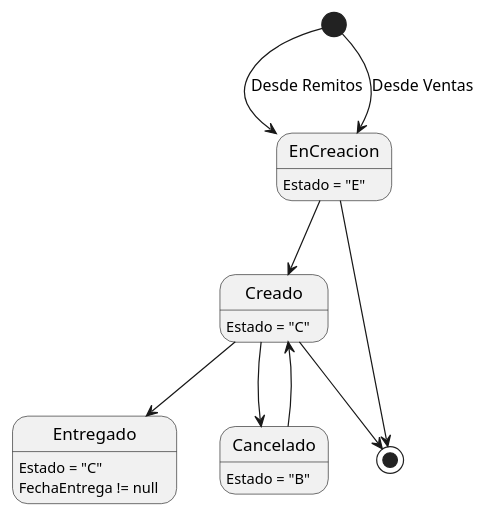
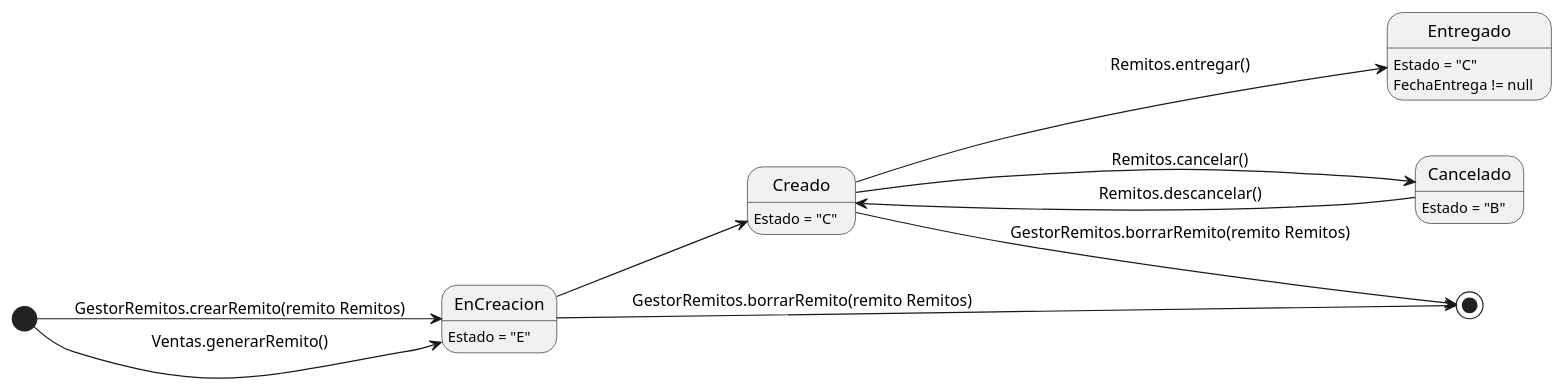
Before and after one commit to ZMGestion/DocumentacionZMGestion: the seventh of 7 diagrams in DiagramasEstado/DiagramaDeEstado.puml, drawn with PlantUML. The commit also changed other lines of this file and 4 other files, not shown here.

Commit message:
Metodos en Diagrama de estados

```diff
--- a/DiagramasEstado/DiagramaDeEstado.puml
+++ b/DiagramasEstado/DiagramaDeEstado.puml
@@ -145,18 +147,19 @@
 @startuml remitos
+left to right direction
 
 EnCreacion: Estado = "E"
 Creado: Estado = "C"
 Entregado: Estado = "C"
 Entregado: FechaEntrega != null
 Cancelado: Estado = "B"
 
-[*] --> EnCreacion: Desde Remitos
-[*] --> EnCreacion: Desde Ventas
+[*] --> EnCreacion: GestorRemitos.crearRemito(remito Remitos)
+[*] --> EnCreacion: Ventas.generarRemito()
 EnCreacion --> Creado
-Creado --> Entregado
-Cancelado --> Creado
-Creado --> Cancelado
-EnCreacion --> [*]
-Creado --> [*]
+Creado --> Entregado: Remitos.entregar()
+Cancelado --> Creado: Remitos.descancelar()
+Creado --> Cancelado: Remitos.cancelar()
+EnCreacion --> [*]: GestorRemitos.borrarRemito(remito Remitos)
+Creado --> [*]: GestorRemitos.borrarRemito(remito Remitos)
 
 @enduml
```
